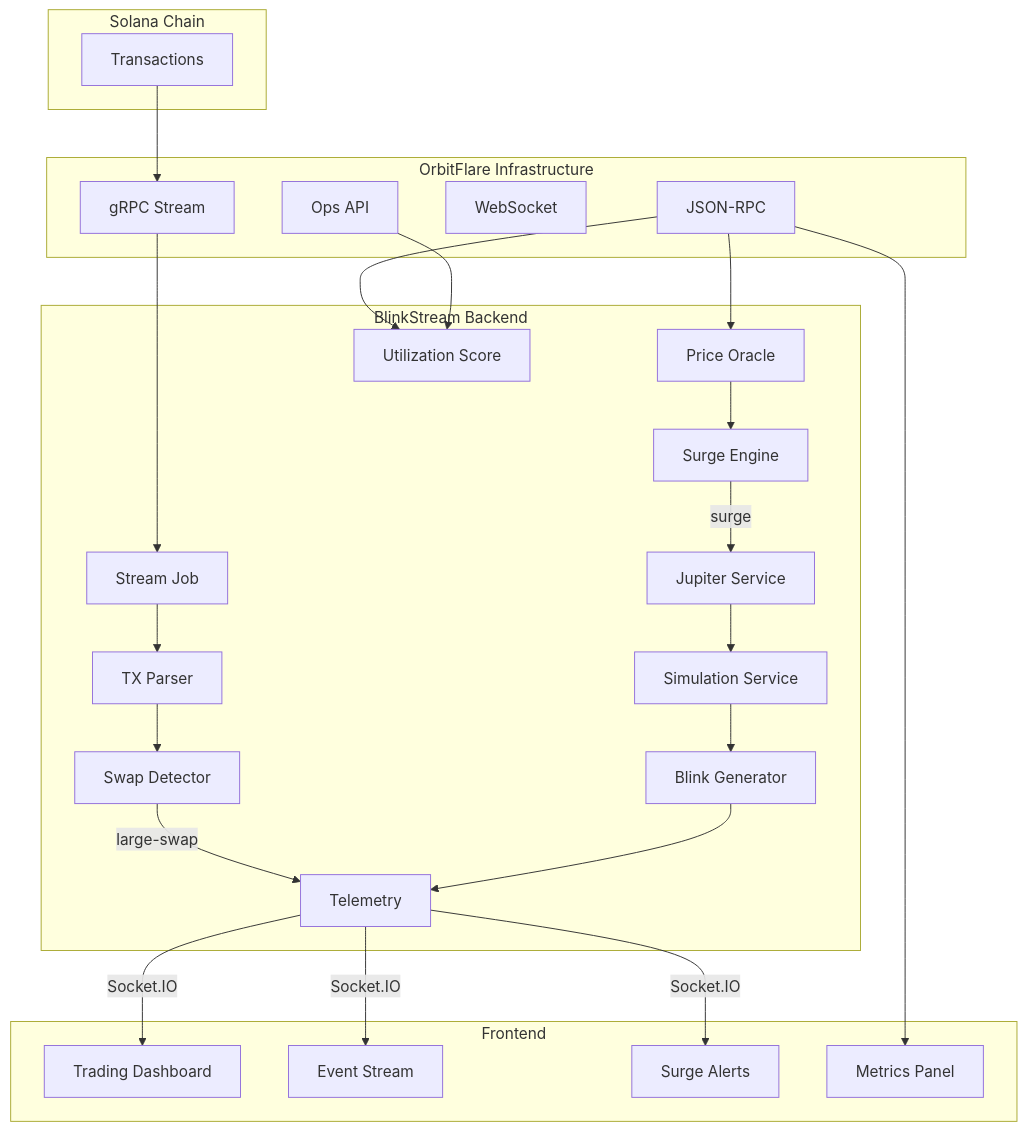
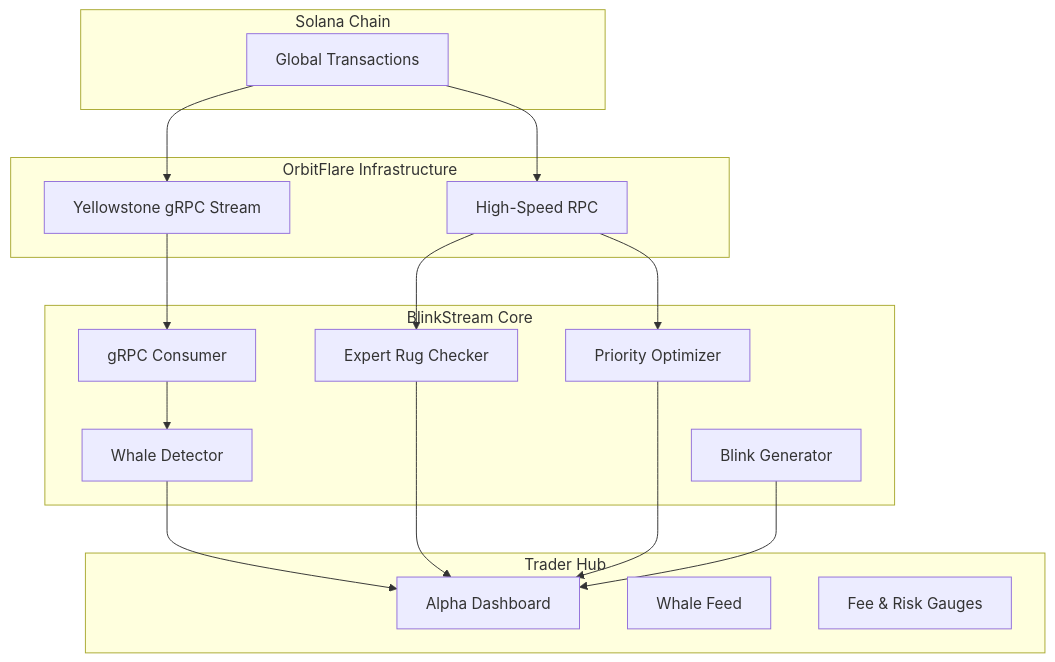
The diagram in README.md (sunnysolana2003-crypto/BlinkStream), drawn with Mermaid before and after one commit. The commit also changed other lines of this file and 1 other file, not shown here.

Commit message:
docs: upgrade README to showcase maximum capability and update RugCheck UI features

````diff
--- a/README.md
+++ b/README.md
@@ -34,45 +46,34 @@
 ```mermaid
 graph TB
     subgraph Solana Chain
-        TX[Transactions]
+        TX[Global Transactions]
     end
 
     subgraph OrbitFlare Infrastructure
-        GRPC[gRPC Stream]
-        RPC[JSON-RPC]
-        WS[WebSocket]
-        OPS[Ops API]
+        GRPC[Yellowstone gRPC Stream]
+        RPC[High-Speed RPC]
     end
 
-    subgraph BlinkStream Backend
-        STREAM[Stream Job]
-        PARSER[TX Parser]
-        DETECTOR[Swap Detector]
-        SURGE[Surge Engine]
-        PRICE[Price Oracle]
-        JUP[Jupiter Service]
-        SIM[Simulation Service]
+    subgraph BlinkStream Core
+        STREAM[gRPC Consumer]
+        WHALE[Whale Detector]
+        RUG[Expert Rug Checker]
+        FEE[Priority Optimizer]
         BLINK[Blink Generator]
-        TELEM[Telemetry]
-        SCORE[Utilization Score]
     end
 
-    subgraph Frontend
-        DASH[Trading Dashboard]
-        FEED[Event Stream]
-        ALERT[Surge Alerts]
-        METRICS[Metrics Panel]
+    subgraph Trader Hub
+        DASH[Alpha Dashboard]
+        FEED[Whale Feed]
+        GAUGE[Fee & Risk Gauges]
     end
 
     TX --> GRPC --> STREAM
-    STREAM --> PARSER --> DETECTOR
-    DETECTOR -->|large-swap| TELEM
-    PRICE --> SURGE -->|surge| JUP --> SIM --> BLINK --> TELEM
-    RPC --> PRICE
-    RPC --> SCORE
-    OPS --> SCORE
-    TELEM -->|Socket.IO| DASH
-    TELEM -->|Socket.IO| FEED
-    TELEM -->|Socket.IO| ALERT
-    RPC --> METRICS
+    STREAM --> WHALE
+    TX --> RPC --> RUG
+    RPC --> FEE
+    WHALE --> DASH
+    RUG --> DASH
+    FEE --> DASH
+    BLINK --> DASH
 ```
````
